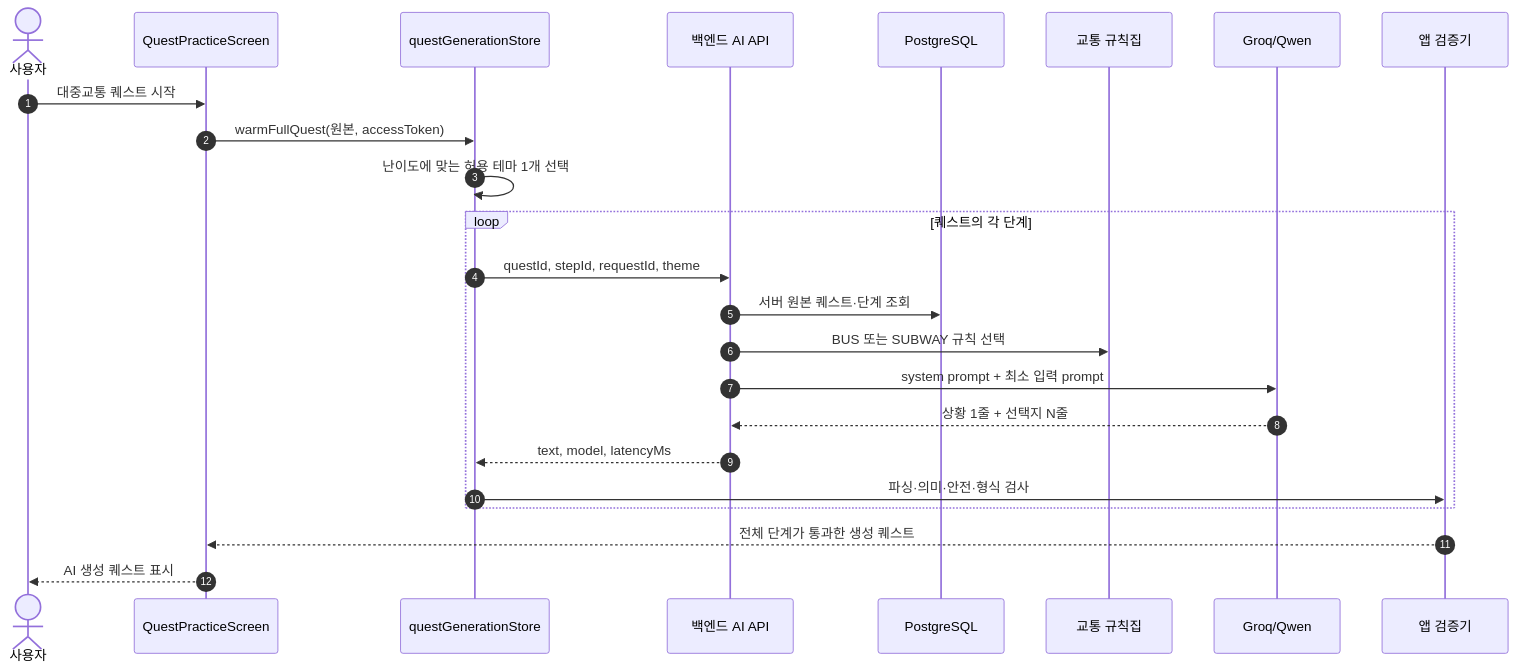
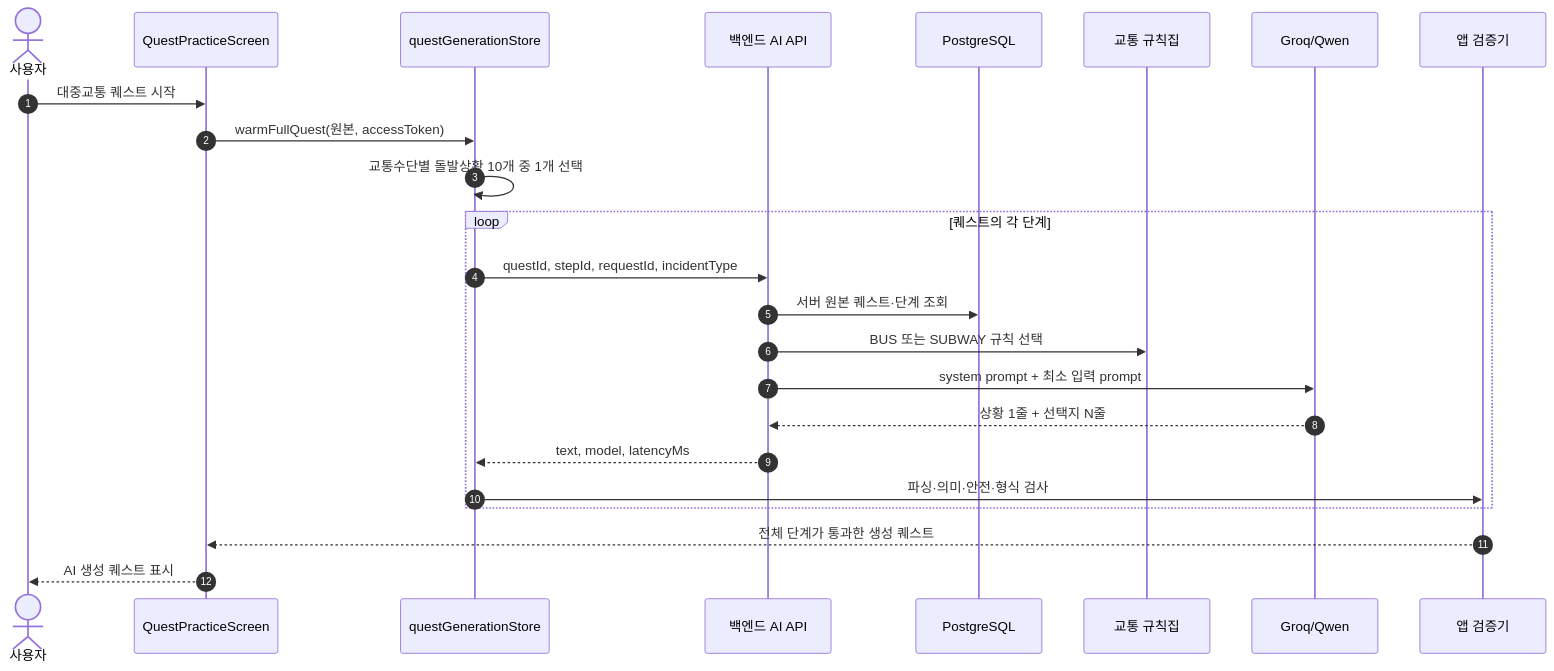
Before and after one commit to thisisdibellob/Oneuldo: the fourth of 11 diagrams in docs/ai/ai-system.md, drawn with Mermaid. The commit also changed other lines of this file and 24 other files, not shown here.

````diff
--- a/docs/ai/ai-system.md
+++ b/docs/ai/ai-system.md
@@ -104,27 +164,27 @@
 ```mermaid
 sequenceDiagram
     autonumber
     actor User as 사용자
     participant Screen as QuestPracticeScreen
     participant Store as questGenerationStore
     participant API as 백엔드 AI API
     participant DB as PostgreSQL
     participant Rules as 교통 규칙집
     participant Groq as Groq/Qwen
     participant Guard as 앱 검증기
 
     User->>Screen: 대중교통 퀘스트 시작
     Screen->>Store: warmFullQuest(원본, accessToken)
-    Store->>Store: 난이도에 맞는 허용 테마 1개 선택
+    Store->>Store: 교통수단별 돌발상황 10개 중 1개 선택
     loop 퀘스트의 각 단계
-        Store->>API: questId, stepId, requestId, theme
+        Store->>API: questId, stepId, requestId, incidentType
         API->>DB: 서버 원본 퀘스트·단계 조회
         API->>Rules: BUS 또는 SUBWAY 규칙 선택
         API->>Groq: system prompt + 최소 입력 prompt
         Groq-->>API: 상황 1줄 + 선택지 N줄
         API-->>Store: text, model, latencyMs
         Store->>Guard: 파싱·의미·안전·형식 검사
     end
     Guard-->>Screen: 전체 단계가 통과한 생성 퀘스트
     Screen-->>User: AI 생성 퀘스트 표시
 ```
````
